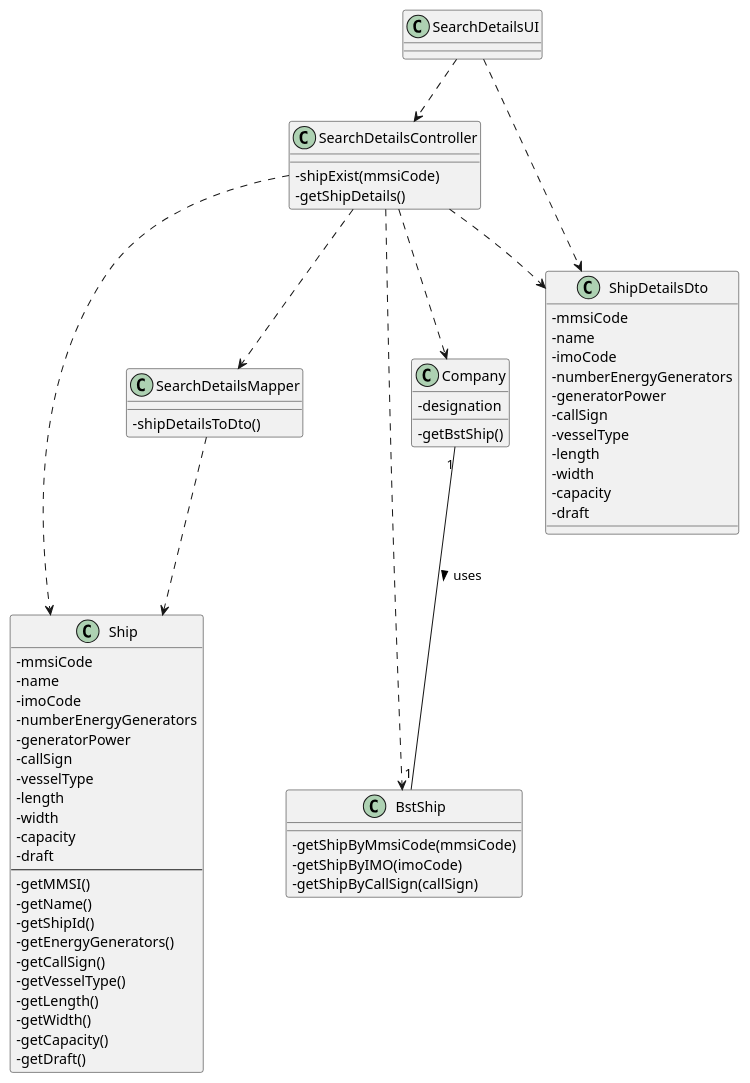
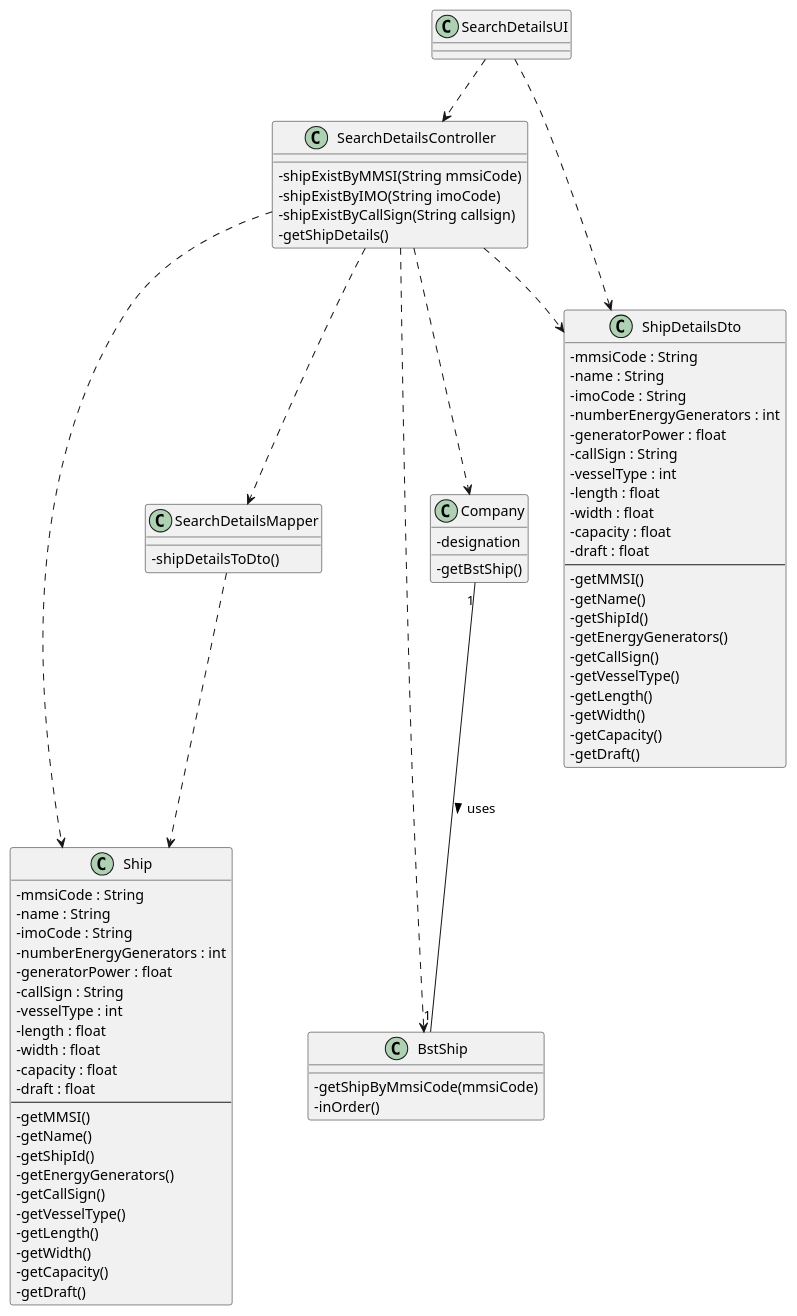
Before and after one commit to 0franciscor/lapr3-2021-g042: the diagram in docs/US102/US102_CD.puml, drawn with PlantUML. The commit also changed 7 other files, not shown here.

```diff
--- a/docs/US102/US102_CD.puml
+++ b/docs/US102/US102_CD.puml
@@ -1,88 +1,100 @@
 @startuml
 'https://plantuml.com/class-diagram
 
 skinparam classAttributeIconSize 0
 
 class Ship {
--mmsiCode
--name
--imoCode
--numberEnergyGenerators
--generatorPower
--callSign
--vesselType
--length
--width
--capacity
--draft
+-mmsiCode : String
+-name : String
+-imoCode : String
+-numberEnergyGenerators : int
+-generatorPower : float
+-callSign : String
+-vesselType : int
+-length : float
+-width : float
+-capacity : float
+-draft : float
 --
 -getMMSI()
 -getName()
 -getShipId()
 -getEnergyGenerators()
 -getCallSign()
 -getVesselType()
 -getLength()
 -getWidth()
 -getCapacity()
 -getDraft()
 }
 
 
 class BstShip {
 -getShipByMmsiCode(mmsiCode)
--getShipByIMO(imoCode)
--getShipByCallSign(callSign)
+-inOrder()
 
 }
 
 
 class SearchDetailsUI {}
 
 class SearchDetailsController {
--shipExist(mmsiCode)
+-shipExistByMMSI(String mmsiCode)
+-shipExistByIMO(String imoCode)
+-shipExistByCallSign(String callsign)
 -getShipDetails()
 }
 
 class Company {
 -designation
 -getBstShip()
 }
 
 class SearchDetailsMapper{
 -shipDetailsToDto()
 }
 
 class ShipDetailsDto{
--mmsiCode
--name
--imoCode
--numberEnergyGenerators
--generatorPower
--callSign
--vesselType
--length
--width
--capacity
--draft
+-mmsiCode : String
+-name : String
+-imoCode : String
+-numberEnergyGenerators : int
+-generatorPower : float
+-callSign : String
+-vesselType : int
+-length : float
+-width : float
+-capacity : float
+-draft : float
+--
+-getMMSI()
+-getName()
+-getShipId()
+-getEnergyGenerators()
+-getCallSign()
+-getVesselType()
+-getLength()
+-getWidth()
+-getCapacity()
+-getDraft()
 }
 
 
 
 Company "1" -- "1" BstShip : uses >
 
 SearchDetailsUI ..> SearchDetailsController
 SearchDetailsUI ..> ShipDetailsDto
 
 SearchDetailsController ..> Company
 SearchDetailsController ..> BstShip
 SearchDetailsController ..> Ship
 SearchDetailsController ..> SearchDetailsMapper
 SearchDetailsController ..> ShipDetailsDto
 
 
 SearchDetailsMapper ..> Ship
 
 
 
 @enduml
```
